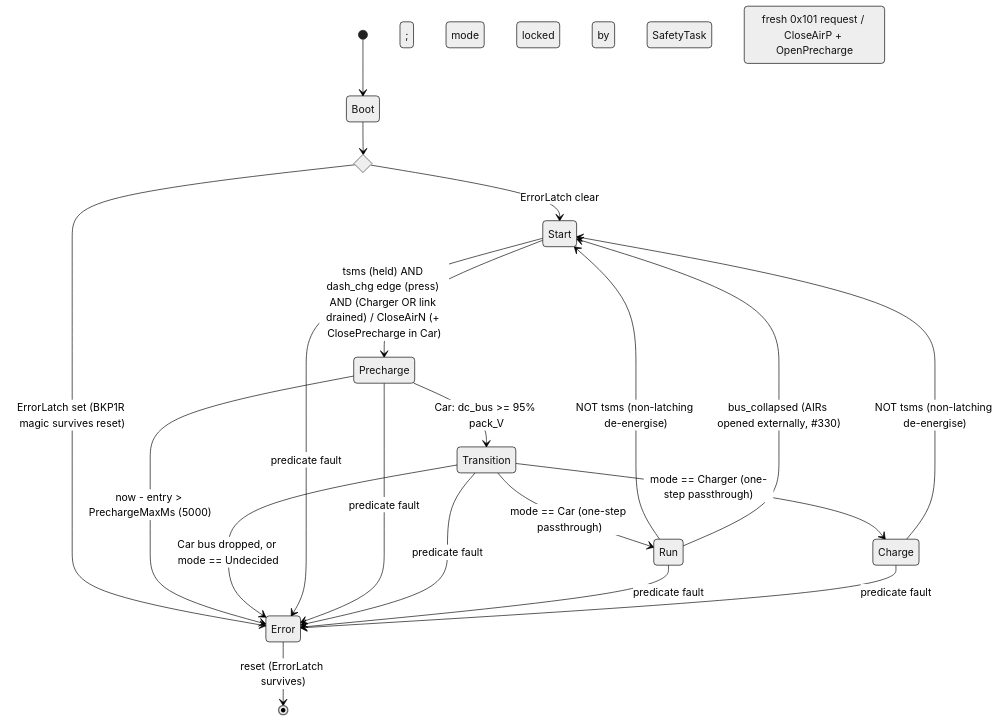
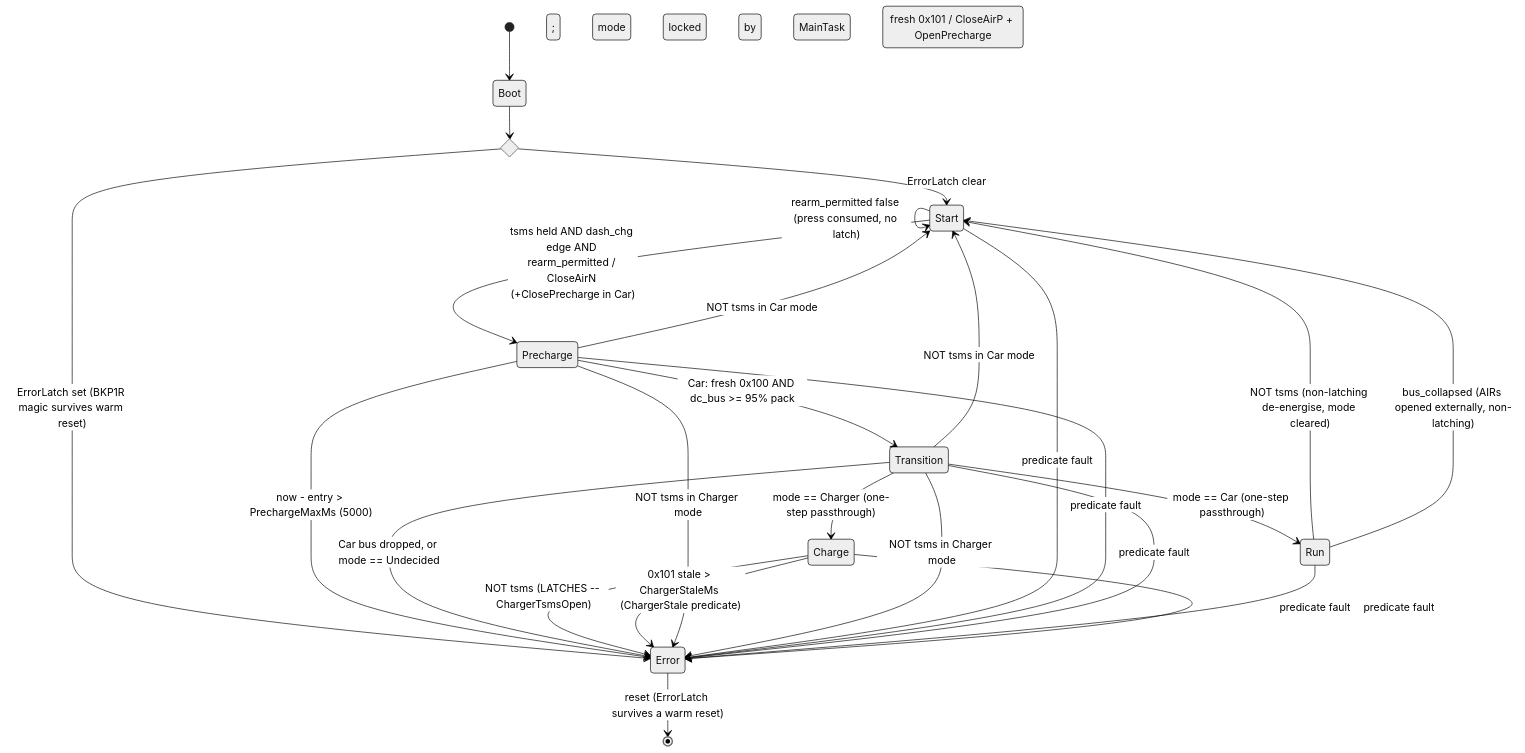
The second of 3 diagrams in docs/FSM_OVERVIEW.md (isc-fs/IFS08-CE-AMS), drawn with Mermaid (neutral theme) before and after one commit. The commit also changed other lines of this file and 13 other files, not shown here.

````diff
--- a/docs/FSM_OVERVIEW.md
+++ b/docs/FSM_OVERVIEW.md
@@ -478,29 +657,37 @@
 ```mermaid
 stateDiagram-v2
     [*] --> Boot
     state boot_check <<choice>>
     Boot --> boot_check
     boot_check --> Start : ErrorLatch clear
-    boot_check --> Error : ErrorLatch set (BKP1R magic survives reset)
+    boot_check --> Error : ErrorLatch set (BKP1R magic survives warm reset)
 
-    Start --> Precharge : tsms (held) AND dash_chg edge (press) AND (Charger OR link drained) / CloseAirN (+ ClosePrecharge in Car) ; mode locked by SafetyTask
+    Start --> Precharge : tsms held AND dash_chg edge AND rearm_permitted / CloseAirN (+ClosePrecharge in Car) ; mode locked by MainTask
+    Start --> Start : rearm_permitted false (press consumed, no latch)
 
-    Precharge --> Transition : Car: dc_bus >= 95% pack_V ; Charger: fresh 0x101 request / CloseAirP + OpenPrecharge
+    Precharge --> Transition : Car: fresh 0x100 AND dc_bus >= 95% pack ; Charger: fresh 0x101 / CloseAirP + OpenPrecharge
     Precharge --> Error : now - entry > PrechargeMaxMs (5000)
 
     Transition --> Run : mode == Car (one-step passthrough)
     Transition --> Charge : mode == Charger (one-step passthrough)
     Transition --> Error : Car bus dropped, or mode == Undecided
 
-    Run --> Start : NOT tsms (non-latching de-energise)
-    Run --> Start : bus_collapsed (AIRs opened externally, #330)
-    Charge --> Start : NOT tsms (non-latching de-energise)
+    Run --> Start : NOT tsms (non-latching de-energise, mode cleared)
+    Run --> Start : bus_collapsed (AIRs opened externally, non-latching)
+
+    Charge --> Error : NOT tsms (LATCHES -- ChargerTsmsOpen)
+    Charge --> Error : 0x101 stale > ChargerStaleMs (ChargerStale predicate)
+
+    Precharge --> Start : NOT tsms in Car mode
+    Precharge --> Error : NOT tsms in Charger mode
+    Transition --> Start : NOT tsms in Car mode
+    Transition --> Error : NOT tsms in Charger mode
 
     Start --> Error : predicate fault
     Precharge --> Error : predicate fault
     Transition --> Error : predicate fault
     Run --> Error : predicate fault
     Charge --> Error : predicate fault
 
-    Error --> [*] : reset (ErrorLatch survives)
+    Error --> [*] : reset (ErrorLatch survives a warm reset)
 ```
````
